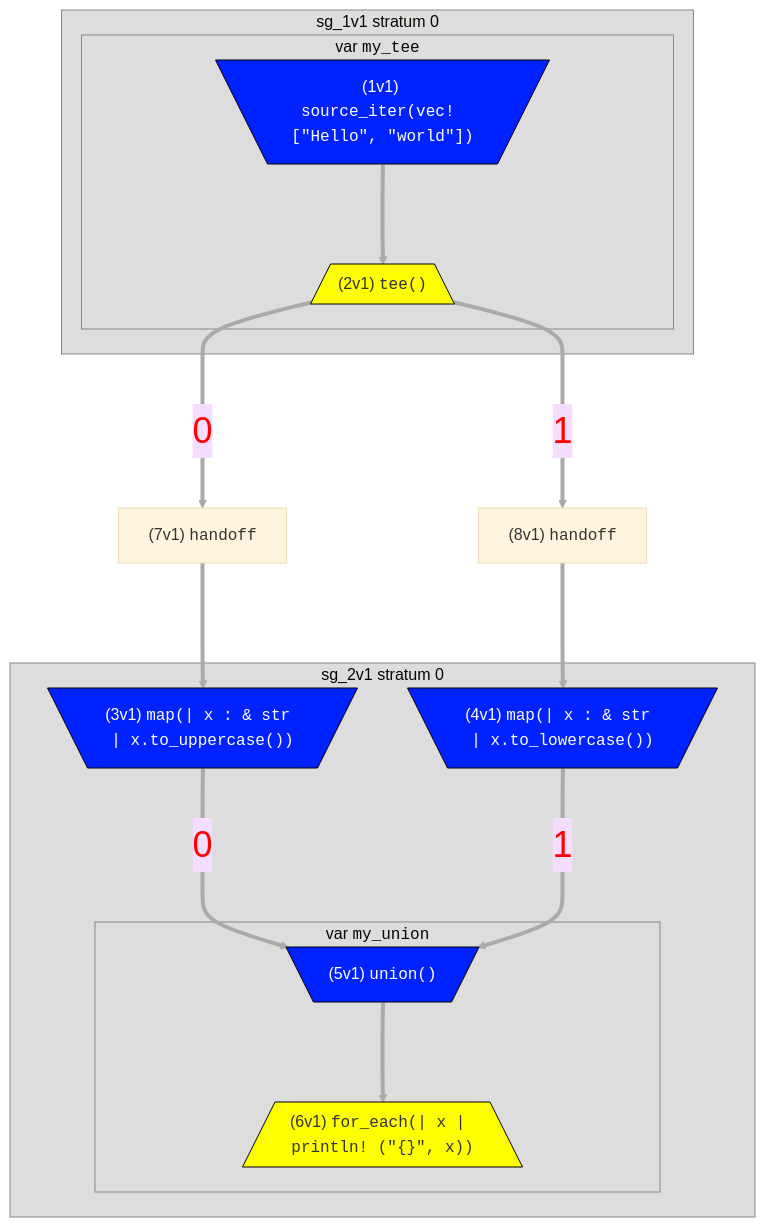
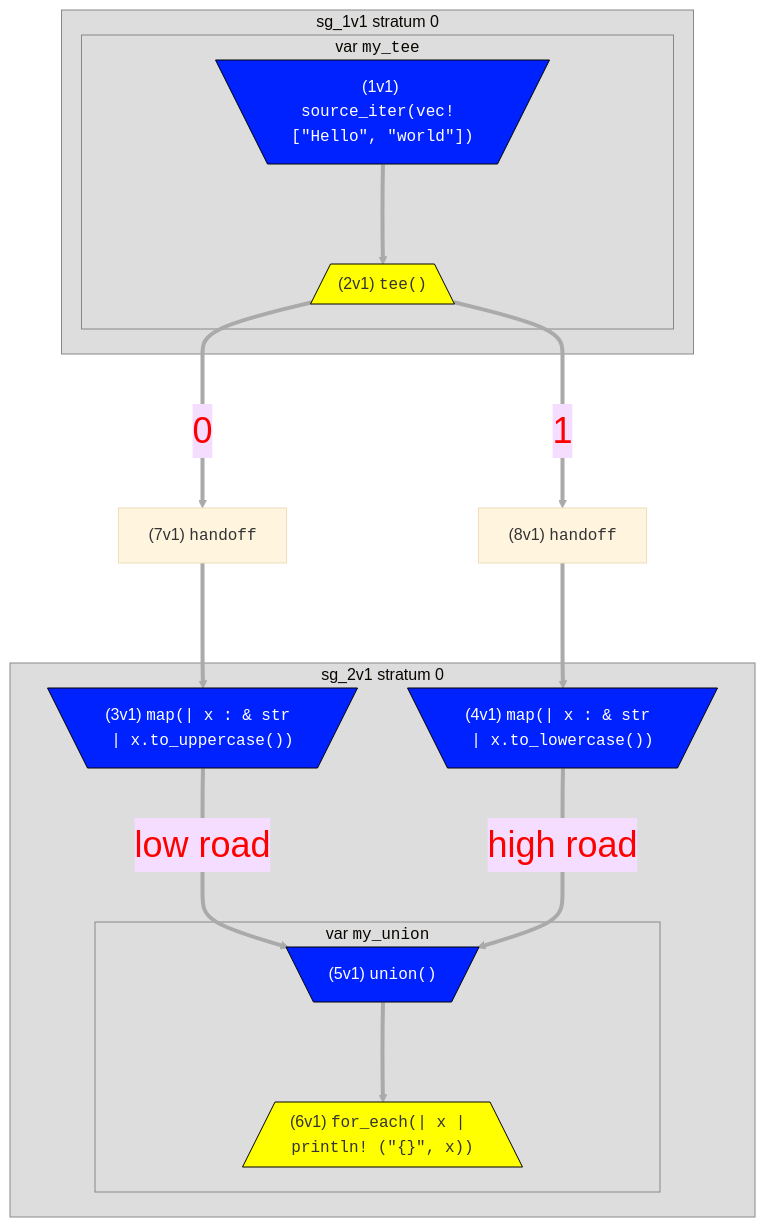
One commit to nickjiang2378/hydroflow changed the diagram in docs/docs/hydroflow/syntax/surface_flows.md. Above: the diagram before and after it, drawn with Mermaid. The commit also changed other lines of this file and 8 other files, not shown here.

````diff
--- a/docs/docs/hydroflow/syntax/surface_flows.md
+++ b/docs/docs/hydroflow/syntax/surface_flows.md
@@ -43,35 +46,35 @@
 ```mermaid
 %%{init:{'theme':'base','themeVariables':{'clusterBkg':'#ddd','clusterBorder':'#888'}}}%%
 flowchart TD
 classDef pullClass fill:#02f,color:#fff,stroke:#000
 classDef pushClass fill:#ff0,stroke:#000
 linkStyle default stroke:#aaa,stroke-width:4px,color:red,font-size:1.5em;
 subgraph sg_1v1 ["sg_1v1 stratum 0"]
     1v1[\"(1v1) <tt>source_iter(vec! [&quot;Hello&quot;, &quot;world&quot;])</tt>"/]:::pullClass
     2v1[/"(2v1) <tt>tee()</tt>"\]:::pushClass
     1v1--->2v1
     subgraph sg_1v1_var_my_tee ["var <tt>my_tee</tt>"]
         1v1
         2v1
     end
 end
 subgraph sg_2v1 ["sg_2v1 stratum 0"]
     3v1[\"(3v1) <tt>map(| x : &amp; str | x.to_uppercase())</tt>"/]:::pullClass
     4v1[\"(4v1) <tt>map(| x : &amp; str | x.to_lowercase())</tt>"/]:::pullClass
     5v1[\"(5v1) <tt>union()</tt>"/]:::pullClass
     6v1[/"(6v1) <tt>for_each(| x | println! (&quot;{}&quot;, x))</tt>"\]:::pushClass
-    3v1--0--->5v1
-    4v1--1--->5v1
+    3v1--low road--->5v1
+    4v1--high road--->5v1
     5v1--->6v1
     subgraph sg_2v1_var_my_union ["var <tt>my_union</tt>"]
         5v1
         6v1
     end
 end
 2v1--0--->7v1
 2v1--1--->8v1
 7v1["(7v1) <tt>handoff</tt>"]:::otherClass
 7v1--->3v1
 8v1["(8v1) <tt>handoff</tt>"]:::otherClass
 8v1--->4v1
 ```
````
